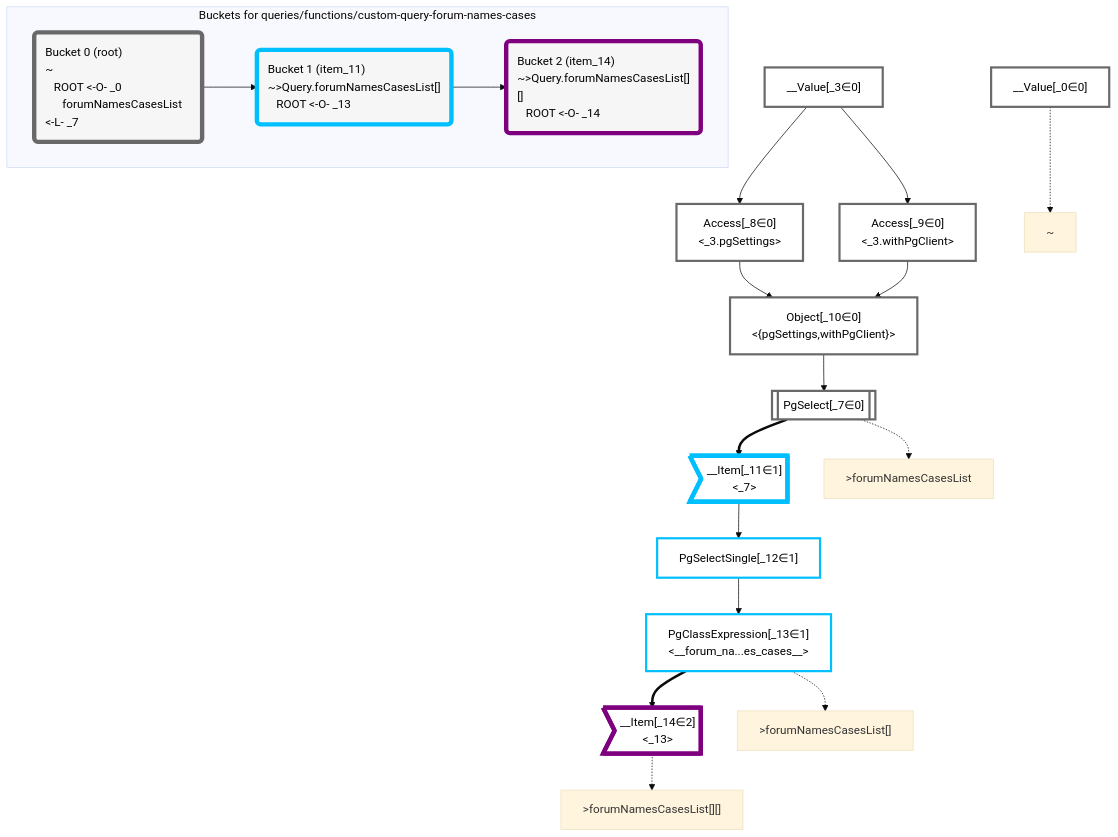
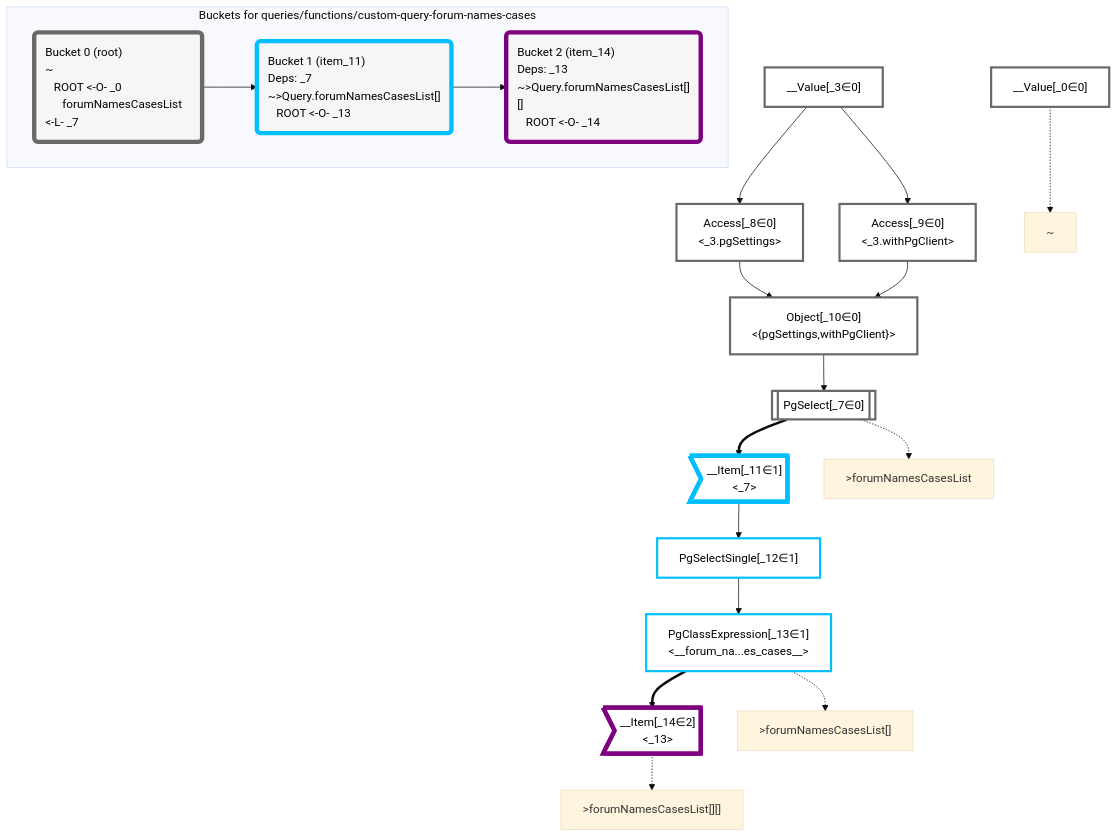
Before and after one commit to graphile/crystal: the diagram in packages/dataplan-pg/__tests__/queries/functions/custom-query-forum-names-cases.mermaid.md, drawn with Mermaid (base theme). The commit also changed 157 other files, not shown here.

Commit message:
Add deps to all query snapshots

````diff
--- a/packages/dataplan-pg/__tests__/queries/functions/custom-query-forum-names-cases.mermaid.md
+++ b/packages/dataplan-pg/__tests__/queries/functions/custom-query-forum-names-cases.mermaid.md
@@ -1,61 +1,61 @@
 ```mermaid
 graph TD
     classDef path fill:#eee,stroke:#000,color:#000
     classDef plan fill:#fff,stroke-width:3px,color:#000
     classDef itemplan fill:#fff,stroke-width:6px,color:#000
     classDef sideeffectplan fill:#f00,stroke-width:6px,color:#000
     classDef bucket fill:#f6f6f6,color:#000,stroke-width:6px,text-align:left
 
 
     %% define plans
     __Value_0["__Value[_0∈0]"]:::plan
     __Value_3["__Value[_3∈0]<br /><context>"]:::plan
     PgSelect_7[["PgSelect[_7∈0]<br /><forum_names_cases>"]]:::plan
     Access_8["Access[_8∈0]<br /><_3.pgSettings>"]:::plan
     Access_9["Access[_9∈0]<br /><_3.withPgClient>"]:::plan
     Object_10["Object[_10∈0]<br /><{pgSettings,withPgClient}>"]:::plan
     __Item_11>"__Item[_11∈1]<br /><_7>"]:::itemplan
     PgSelectSingle_12["PgSelectSingle[_12∈1]<br /><forum_names_cases>"]:::plan
     PgClassExpression_13["PgClassExpression[_13∈1]<br /><__forum_na...es_cases__>"]:::plan
     __Item_14>"__Item[_14∈2]<br /><_13>"]:::itemplan
 
     %% plan dependencies
     Object_10 --> PgSelect_7
     __Value_3 --> Access_8
     __Value_3 --> Access_9
     Access_8 --> Object_10
     Access_9 --> Object_10
     PgSelect_7 ==> __Item_11
     __Item_11 --> PgSelectSingle_12
     PgSelectSingle_12 --> PgClassExpression_13
     PgClassExpression_13 ==> __Item_14
 
     %% plan-to-path relationships
     P_0["~"]
     __Value_0 -.-> P_0
     P_7[">forumNamesCasesList"]
     PgSelect_7 -.-> P_7
     P_13[">forumNamesCasesList[]"]
     PgClassExpression_13 -.-> P_13
     P_14[">forumNamesCasesList[][]"]
     __Item_14 -.-> P_14
 
     %% allocate buckets
     classDef bucket0 stroke:#696969
     class __Value_0,__Value_3,PgSelect_7,Access_8,Access_9,Object_10 bucket0
     classDef bucket1 stroke:#00bfff
     class __Item_11,PgSelectSingle_12,PgClassExpression_13 bucket1
     classDef bucket2 stroke:#7f007f
     class __Item_14 bucket2
 
     subgraph "Buckets for queries/functions/custom-query-forum-names-cases"
     Bucket0("Bucket 0 (root)<br />~<br />⠀ROOT <-O- _0<br />⠀⠀forumNamesCasesList <-L- _7"):::bucket
     style Bucket0 stroke:#696969
-    Bucket1("Bucket 1 (item_11)<br />~>Query.forumNamesCasesList[]<br />⠀ROOT <-O- _13"):::bucket
+    Bucket1("Bucket 1 (item_11)<br />Deps: _7<br />~>Query.forumNamesCasesList[]<br />⠀ROOT <-O- _13"):::bucket
     style Bucket1 stroke:#00bfff
     Bucket0 --> Bucket1
-    Bucket2("Bucket 2 (item_14)<br />~>Query.forumNamesCasesList[][]<br />⠀ROOT <-O- _14"):::bucket
+    Bucket2("Bucket 2 (item_14)<br />Deps: _13<br />~>Query.forumNamesCasesList[][]<br />⠀ROOT <-O- _14"):::bucket
     style Bucket2 stroke:#7f007f
     Bucket1 --> Bucket2
     end
 ```
````
